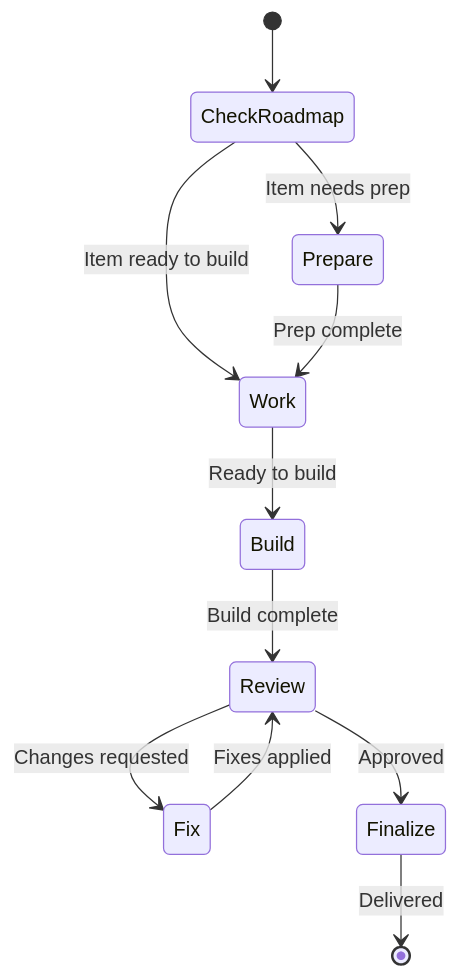
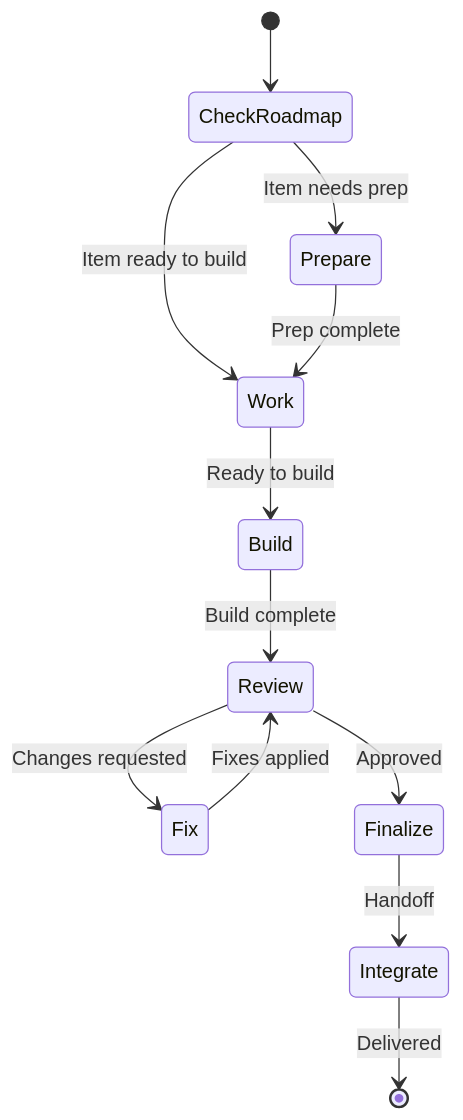
One commit to InstruktAI/TeleClaude changed the first of 4 diagrams in docs/project/design/architecture/next-machine.md. Above: the diagram before and after it, drawn with Mermaid. The commit also changed other lines of this file and 10 other files, not shown here.

First line of the commit message:
docs(architecture): add comprehensive state machine design docs with mermaid diagrams

````diff
--- a/docs/project/design/architecture/next-machine.md
+++ b/docs/project/design/architecture/next-machine.md
@@ -26,13 +34,14 @@
 ```mermaid
 stateDiagram-v2
     [*] --> CheckRoadmap
     CheckRoadmap --> Prepare: Item needs prep
     CheckRoadmap --> Work: Item ready to build
     Prepare --> Work: Prep complete
     Work --> Build: Ready to build
     Build --> Review: Build complete
     Review --> Fix: Changes requested
     Review --> Finalize: Approved
     Fix --> Review: Fixes applied
-    Finalize --> [*]: Delivered
+    Finalize --> Integrate: Handoff
+    Integrate --> [*]: Delivered
 ```
````
